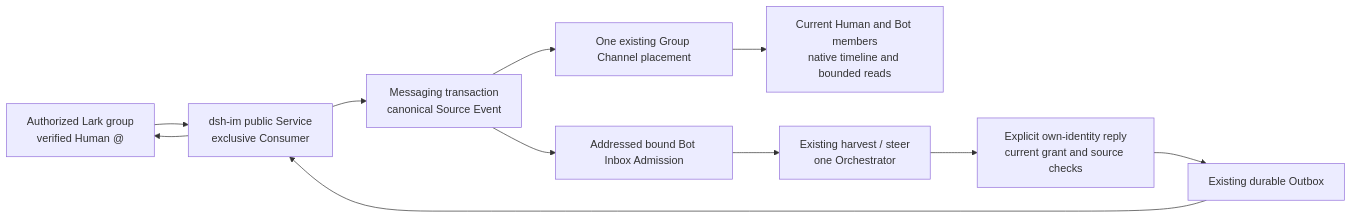
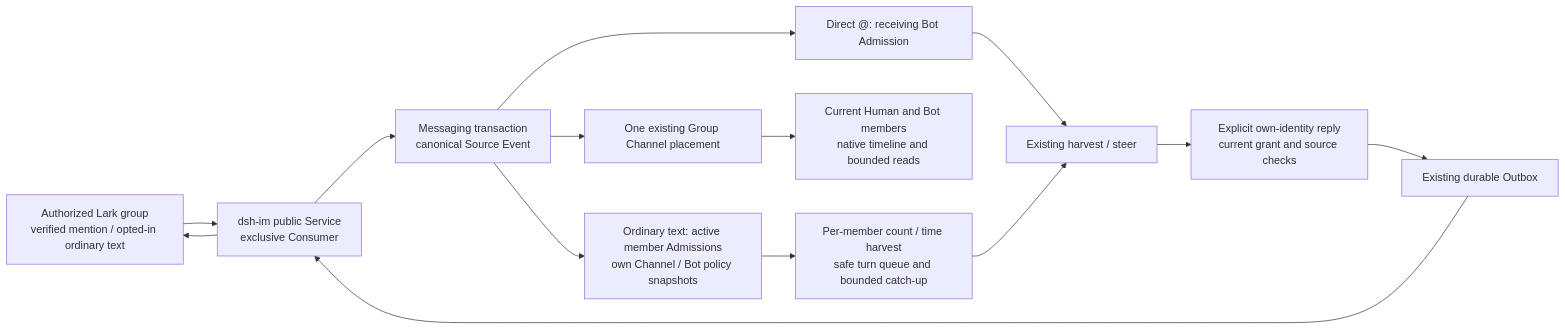
Before and after one commit to BotHarness/BotHarness: the diagram in docs/architecture/diagrams/10-shared-channel-bridge.mmd, drawn with Mermaid. The commit also changed 25 other files, not shown here.

First line of the commit message:
Route shared external traffic through each member’s Channel harvest

```diff
--- a/docs/architecture/diagrams/10-shared-channel-bridge.mmd
+++ b/docs/architecture/diagrams/10-shared-channel-bridge.mmd
@@ -1,11 +1,14 @@
 flowchart LR
-  IM["Authorized Lark group<br/>verified Human @"] --> Provider["dsh-im public Service<br/>exclusive Consumer"]
+  IM["Authorized Lark group<br/>verified mention / opted-in ordinary text"] --> Provider["dsh-im public Service<br/>exclusive Consumer"]
   Provider --> Commit["Messaging transaction<br/>canonical Source Event"]
   Commit --> Placement["One existing Group Channel placement"]
-  Commit --> Admission["Addressed bound Bot Inbox Admission"]
+  Commit --> Admission["Direct @: receiving Bot Admission"]
   Placement --> Members["Current Human and Bot members<br/>native timeline and bounded reads"]
-  Admission --> Runtime["Existing harvest / steer<br/>one Orchestrator"]
+  Commit --> Ordinary["Ordinary text: active member Admissions<br/>own Channel / Bot policy snapshots"]
+  Admission --> Runtime["Existing harvest / steer"]
+  Ordinary --> Harvest["Per-member count / time harvest<br/>safe turn queue and bounded catch-up"]
+  Harvest --> Runtime
   Runtime --> Reply["Explicit own-identity reply<br/>current grant and source checks"]
   Reply --> Outbox["Existing durable Outbox"]
   Outbox --> Provider
   Provider --> IM
```
